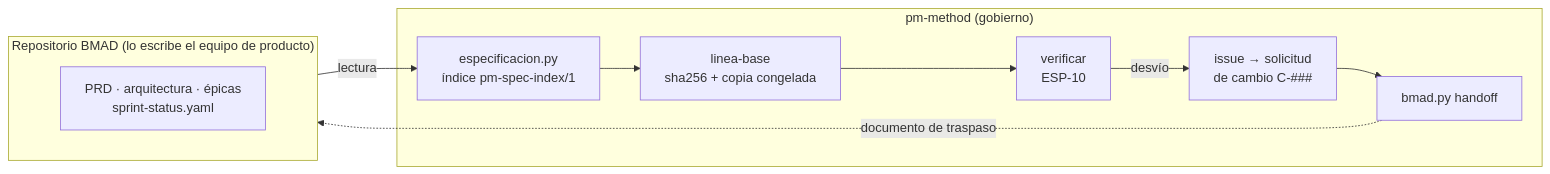
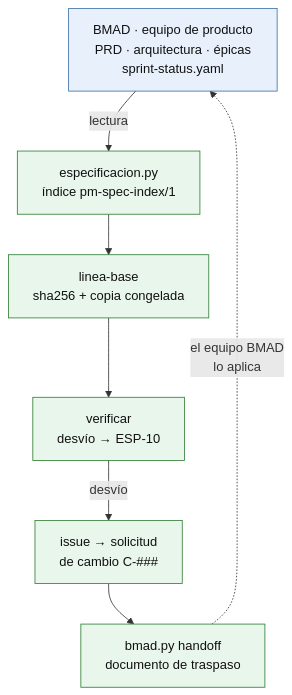
The diagram in docs/diagramas/sincronizacion-bmad.mmd (Arturo-Penas-Rial/pm-method), drawn with Mermaid before and after one commit. The commit also changed 52 other files, not shown here.

Commit message:
pm-method 2.1.0: guías E2E para el usuario, prompts y entradas/salidas en los casos, diagramas legibles

```diff
--- a/docs/diagramas/sincronizacion-bmad.mmd
+++ b/docs/diagramas/sincronizacion-bmad.mmd
@@ -1,16 +1,11 @@
-flowchart LR
-    subgraph BMAD["Repositorio BMAD (lo escribe el equipo de producto)"]
-        direction TB
-        PRD["PRD · arquitectura · épicas<br/>sprint-status.yaml"]
-    end
-    subgraph PM["pm-method (gobierno)"]
-        IDX["especificacion.py<br/>índice pm-spec-index/1"]
-        LB["linea-base<br/>sha256 + copia congelada"]
-        VER["verificar<br/>ESP-10"]
-        ISS["issue → solicitud<br/>de cambio C-###"]
-        HO["bmad.py handoff"]
-    end
-    PRD -->|lectura| IDX
-    IDX --> LB --> VER
-    VER -->|desvío| ISS --> HO
-    HO -.->|documento de traspaso| PRD
+flowchart TB
+    PRD["BMAD · equipo de producto<br/>PRD · arquitectura · épicas<br/>sprint-status.yaml"]:::bmad
+    IDX["especificacion.py<br/>índice pm-spec-index/1"]:::pm
+    LB["linea-base<br/>sha256 + copia congelada"]:::pm
+    VER["verificar<br/>desvío → ESP-10"]:::pm
+    ISS["issue → solicitud<br/>de cambio C-###"]:::pm
+    HO["bmad.py handoff<br/>documento de traspaso"]:::pm
+    PRD -->|lectura| IDX --> LB --> VER -->|desvío| ISS --> HO
+    HO -.->|"el equipo BMAD<br/>lo aplica"| PRD
+    classDef bmad fill:#e8f1fb,stroke:#3b6ea8,color:#111
+    classDef pm fill:#e9f6ec,stroke:#2e7d32,color:#111
```
